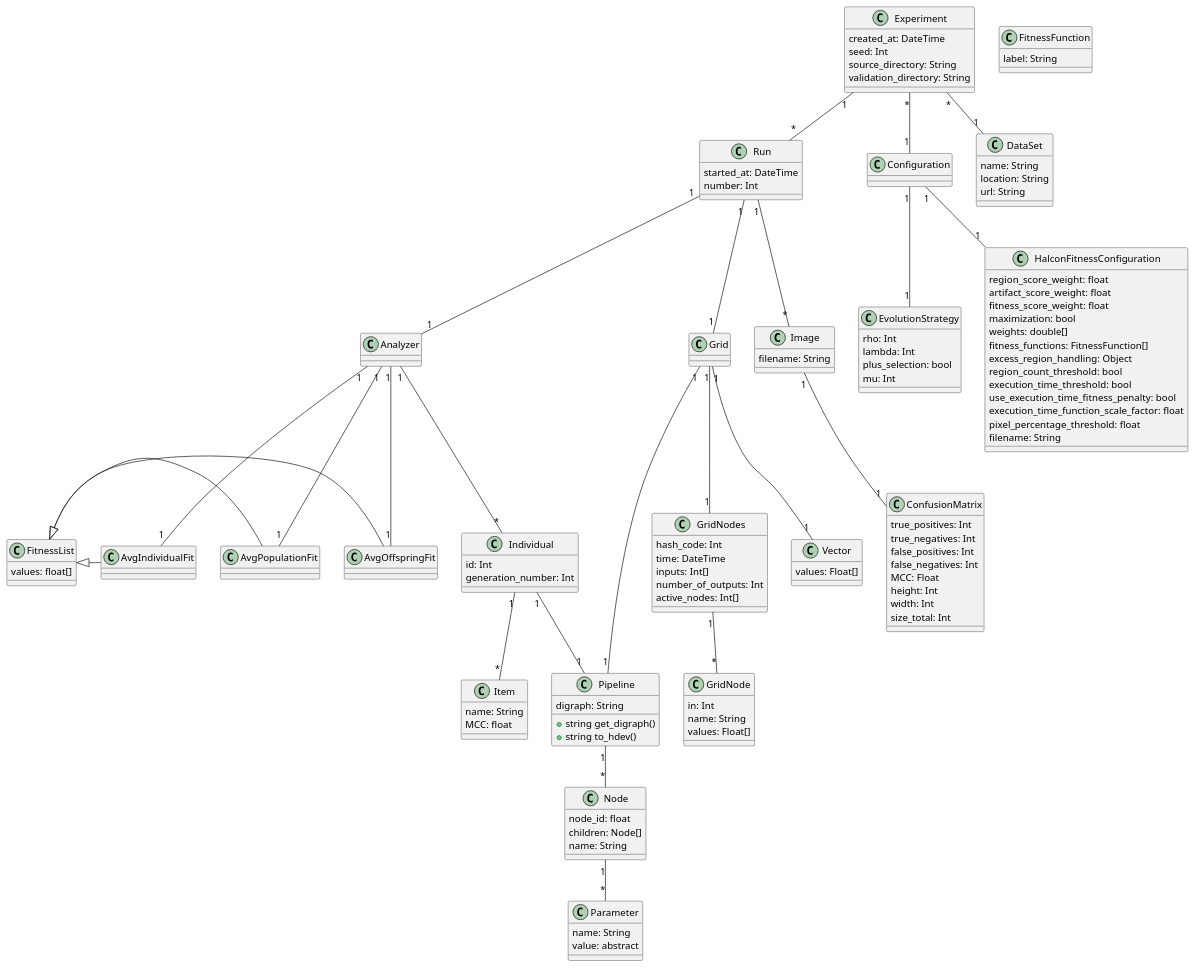
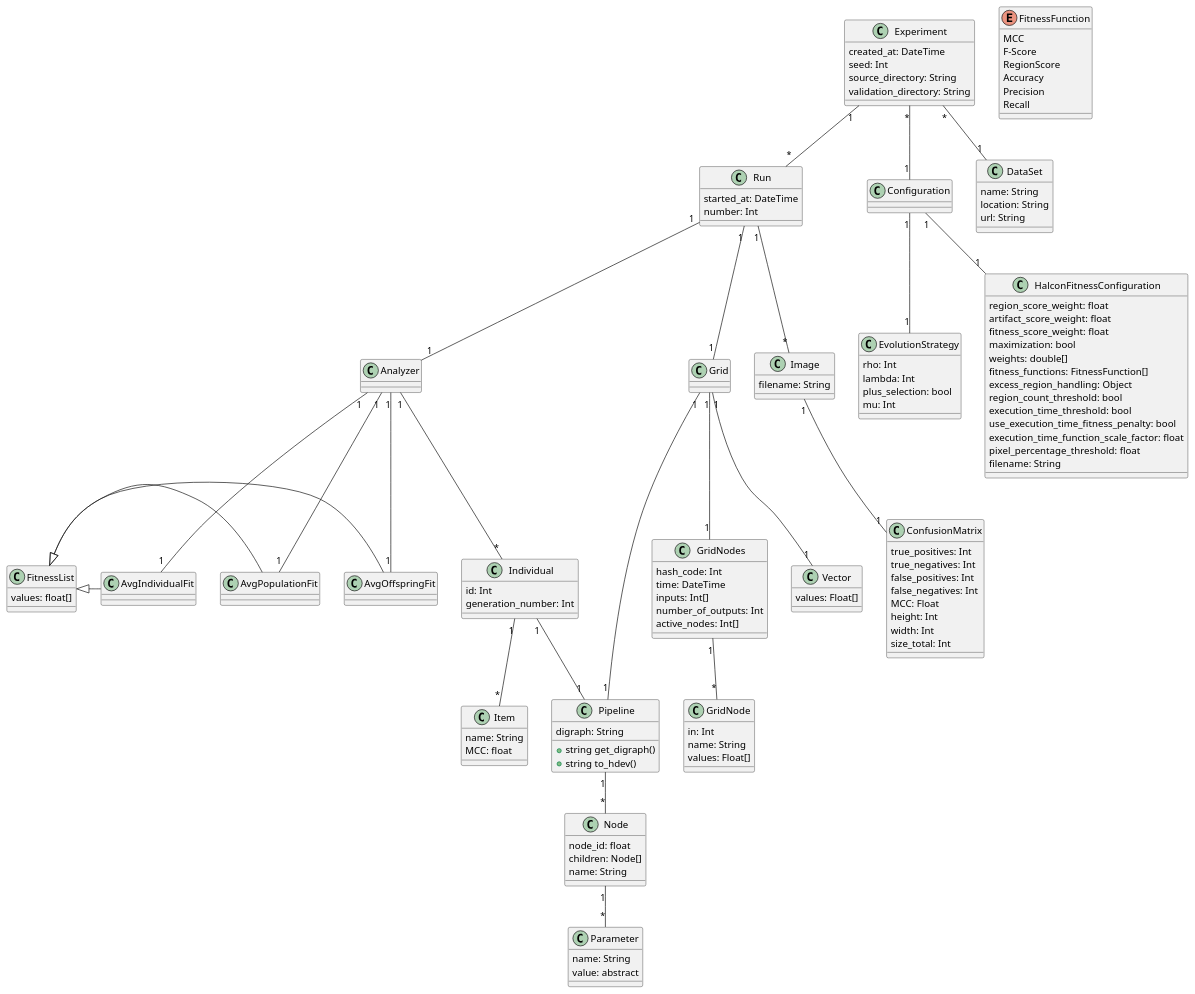
One commit to anmarchio/experiments changed the diagram in diagrams/DataModel.md. Above: the diagram before and after it, drawn with PlantUML.

```diff
--- a/diagrams/DataModel.md
+++ b/diagrams/DataModel.md
@@ -40,8 +40,13 @@
   filename: String
 }
 
-class FitnessFunction {
-  label: String
+enum FitnessFunction {
+  MCC
+  F-Score
+  RegionScore
+  Accuracy
+  Precision
+  Recall
 }
 
 class DataSet {
```
